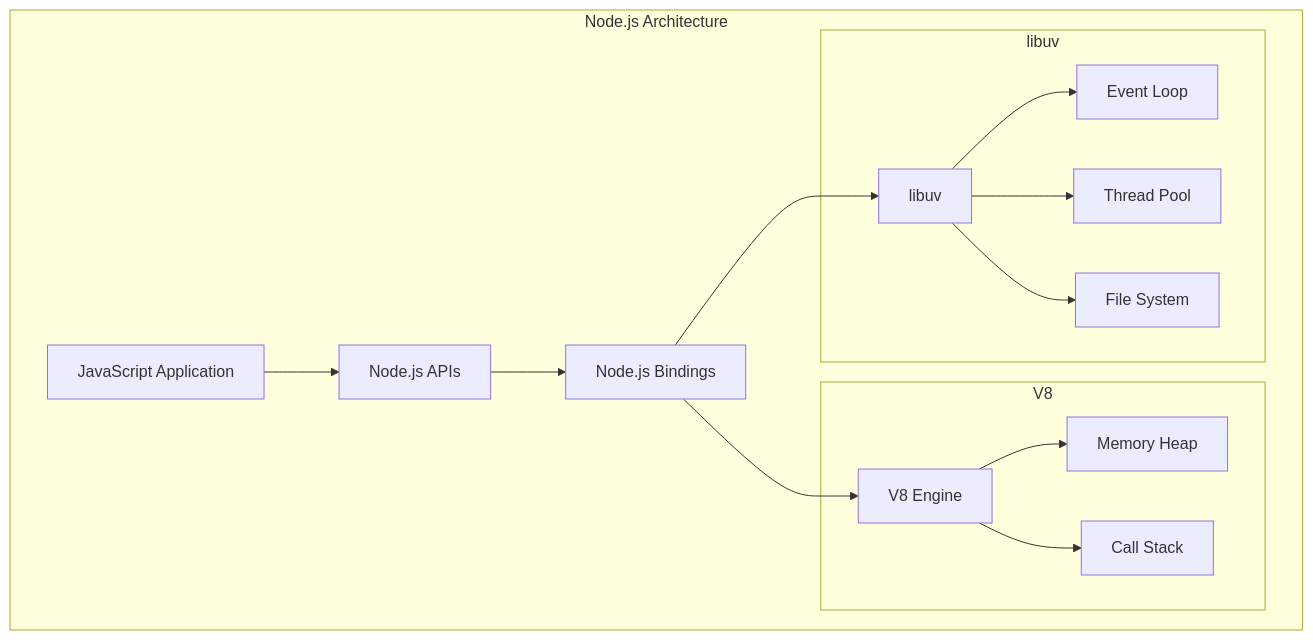
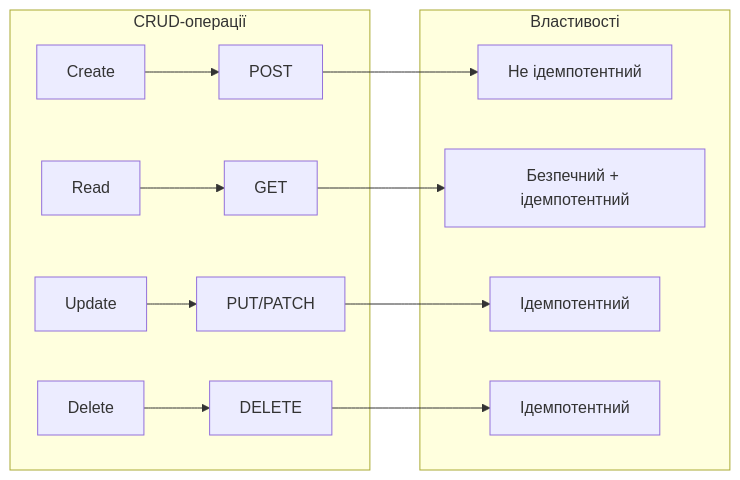
The third of 8 diagrams in presentations/presentation-03.md (olroi421/course-web), drawn with Mermaid before and after one commit. The commit also changed other lines of this file and 10 other files, not shown here.

````diff
--- a/presentations/presentation-03.md
+++ b/presentations/presentation-03.md
@@ -51,20 +107,16 @@
 ```mermaid
-graph TB
-    subgraph "Node.js Architecture"
-        A[JavaScript Application] --> B[Node.js APIs]
-        B --> C[Node.js Bindings]
-        C --> D[V8 Engine]
-        C --> E[libuv]
+graph LR
+    subgraph "CRUD-операції"
+        C[Create] --> POST[POST]
+        R[Read] --> GET[GET]
+        U[Update] --> PUT[PUT/PATCH]
+        D[Delete] --> DELETE[DELETE]
+    end
 
-        subgraph "V8"
-            D --> F[Memory Heap]
-            D --> G[Call Stack]
-        end
-
-        subgraph "libuv"
-            E --> H[Event Loop]
-            E --> I[Thread Pool]
-            E --> J[File System]
-        end
+    subgraph "Властивості"
+        POST --> P1[Не ідемпотентний]
+        GET --> G1[Безпечний + ідемпотентний]
+        PUT --> U1[Ідемпотентний]
+        DELETE --> D1[Ідемпотентний]
     end
 ```
````
